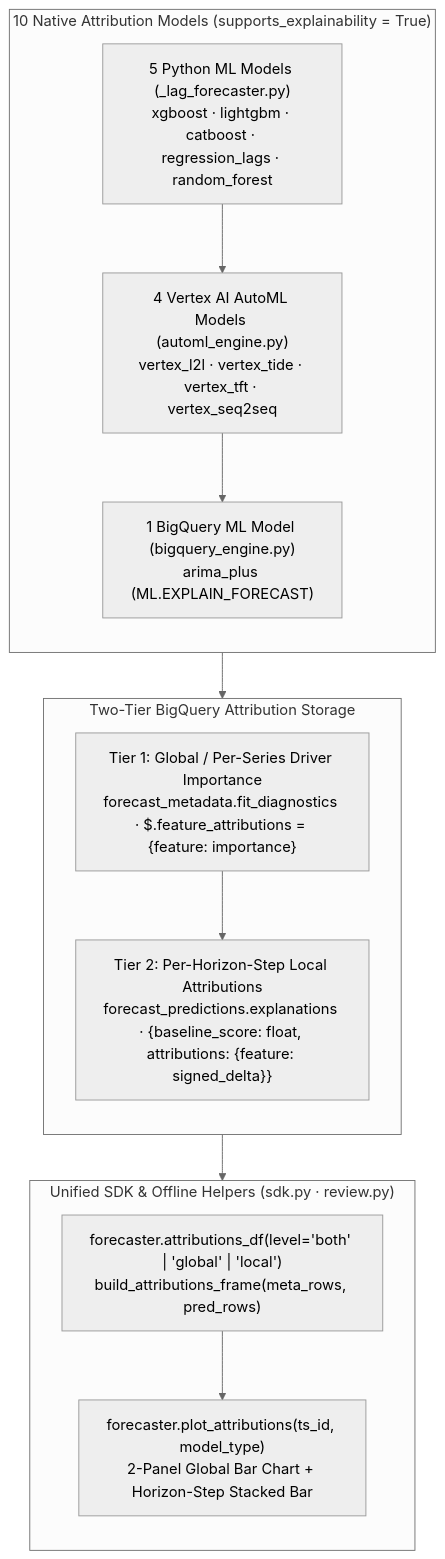
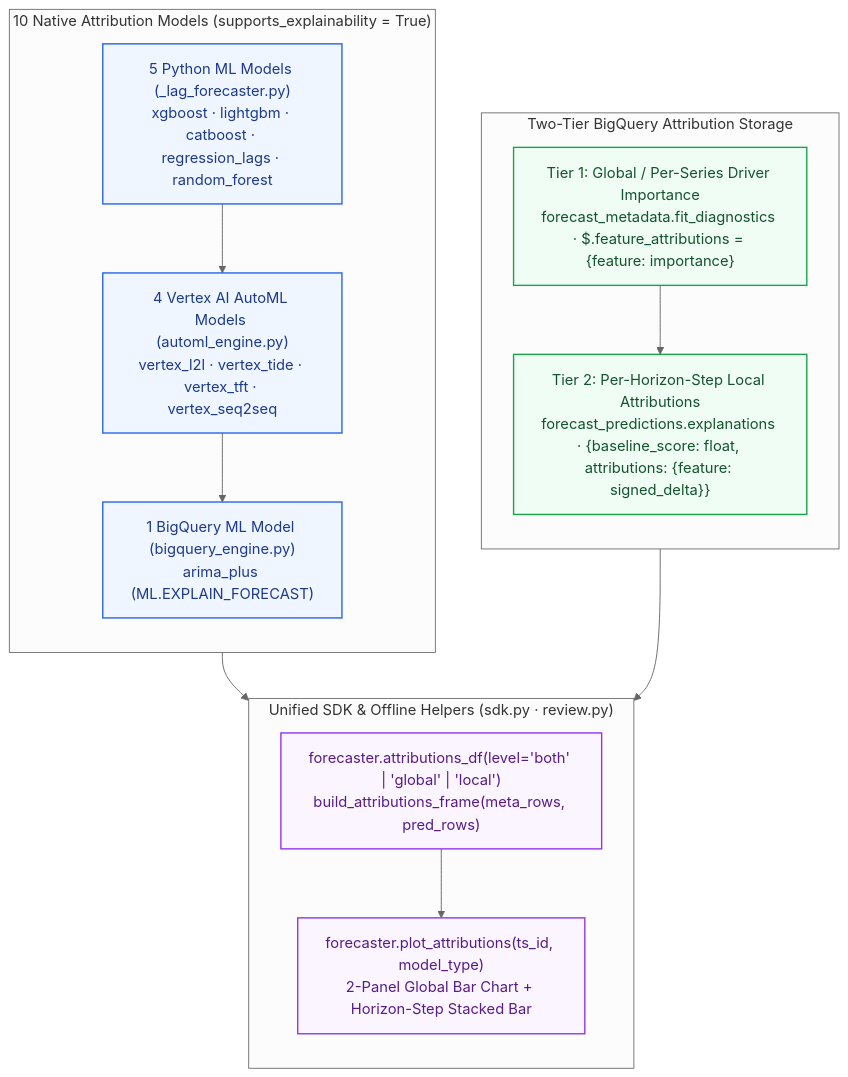
The second of 2 diagrams in docs/models_reference.md (statmike/scale-forecasting), drawn with Mermaid (neutral theme) before and after one commit. The commit also changed other lines of this file and 16 other files, not shown here.

Commit message:
docs: expand temporal reconciliation reference, fix GitHub MathJax & Mermaid aspect ratios, and add pre-commit tripwires

````diff
--- a/docs/models_reference.md
+++ b/docs/models_reference.md
@@ -238,26 +244,30 @@
 ```mermaid
 flowchart TD
+    classDef mods fill:#eff6ff,stroke:#2563eb,stroke-width:1.5px,color:#1e3a8a
+    classDef tiers fill:#f0fdf4,stroke:#16a34a,stroke-width:1.5px,color:#14532d
+    classDef sdk fill:#faf5ff,stroke:#9333ea,stroke-width:1.5px,color:#581c87
+
     subgraph Models["10 Native Attribution Models (supports_explainability = True)"]
         direction TB
-        ML_MODS["5 Python ML Models (_lag_forecaster.py)<br/>xgboost · lightgbm · catboost · regression_lags · random_forest"]
-        AML_MODS["4 Vertex AI AutoML Models (automl_engine.py)<br/>vertex_l2l · vertex_tide · vertex_tft · vertex_seq2seq"]
-        BQ_MODS["1 BigQuery ML Model (bigquery_engine.py)<br/>arima_plus (ML.EXPLAIN_FORECAST)"]
+        ML_MODS["5 Python ML Models (_lag_forecaster.py)<br/>xgboost · lightgbm · catboost · regression_lags · random_forest"]:::mods
+        AML_MODS["4 Vertex AI AutoML Models (automl_engine.py)<br/>vertex_l2l · vertex_tide · vertex_tft · vertex_seq2seq"]:::mods
+        BQ_MODS["1 BigQuery ML Model (bigquery_engine.py)<br/>arima_plus (ML.EXPLAIN_FORECAST)"]:::mods
         ML_MODS --> AML_MODS --> BQ_MODS
     end
 
     subgraph Tiers["Two-Tier BigQuery Attribution Storage"]
         direction TB
-        T1_BQ["Tier 1: Global / Per-Series Driver Importance<br/>forecast_metadata.fit_diagnostics · $.feature_attributions = {feature: importance}"]
-        T2_BQ["Tier 2: Per-Horizon-Step Local Attributions<br/>forecast_predictions.explanations · {baseline_score: float, attributions: {feature: signed_delta}}"]
+        T1_BQ["Tier 1: Global / Per-Series Driver Importance<br/>forecast_metadata.fit_diagnostics · $.feature_attributions = {feature: importance}"]:::tiers
+        T2_BQ["Tier 2: Per-Horizon-Step Local Attributions<br/>forecast_predictions.explanations · {baseline_score: float, attributions: {feature: signed_delta}}"]:::tiers
         T1_BQ --> T2_BQ
     end
 
     subgraph SDK["Unified SDK & Offline Helpers (sdk.py · review.py)"]
         direction TB
-        DF["forecaster.attributions_df(level='both' | 'global' | 'local')<br/>build_attributions_frame(meta_rows, pred_rows)"]
-        PLT["forecaster.plot_attributions(ts_id, model_type)<br/>2-Panel Global Bar Chart + Horizon-Step Stacked Bar"]
+        DF["forecaster.attributions_df(level='both' | 'global' | 'local')<br/>build_attributions_frame(meta_rows, pred_rows)"]:::sdk
+        PLT["forecaster.plot_attributions(ts_id, model_type)<br/>2-Panel Global Bar Chart + Horizon-Step Stacked Bar"]:::sdk
         DF --> PLT
     end
 
-    Models --> Tiers --> SDK
+    Models & Tiers --> SDK
 ```
````
